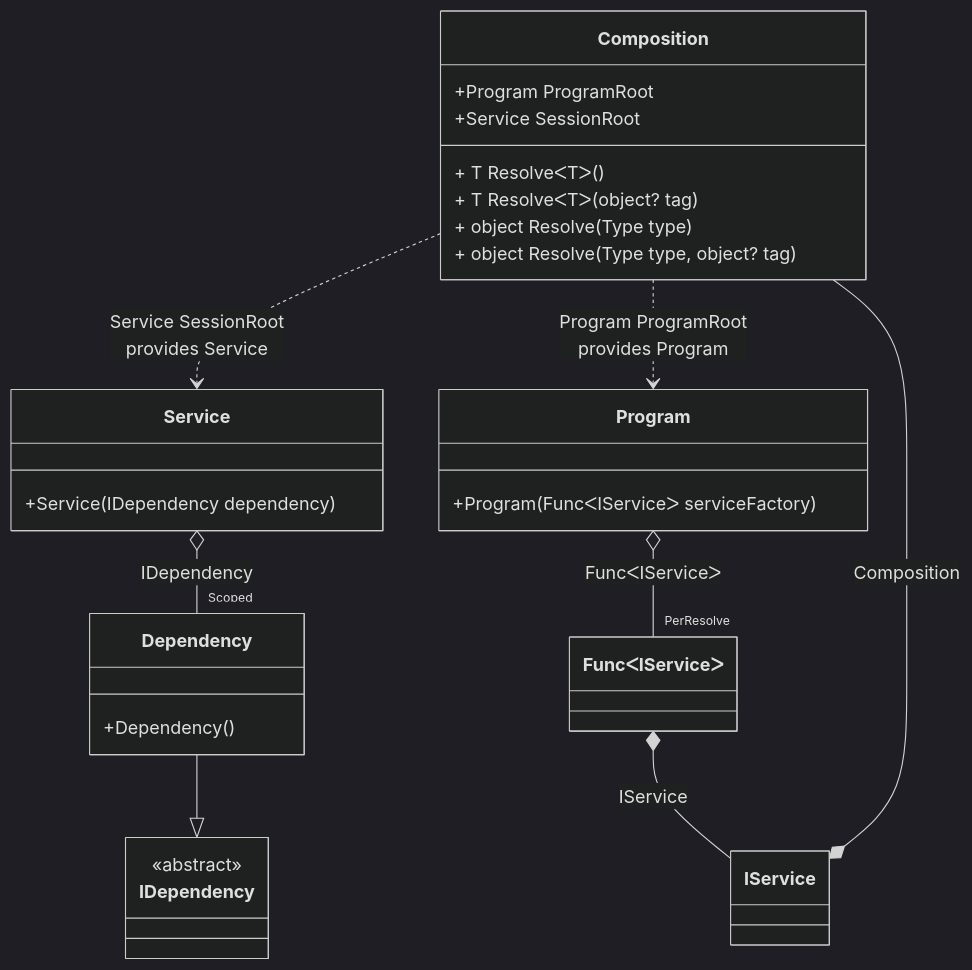
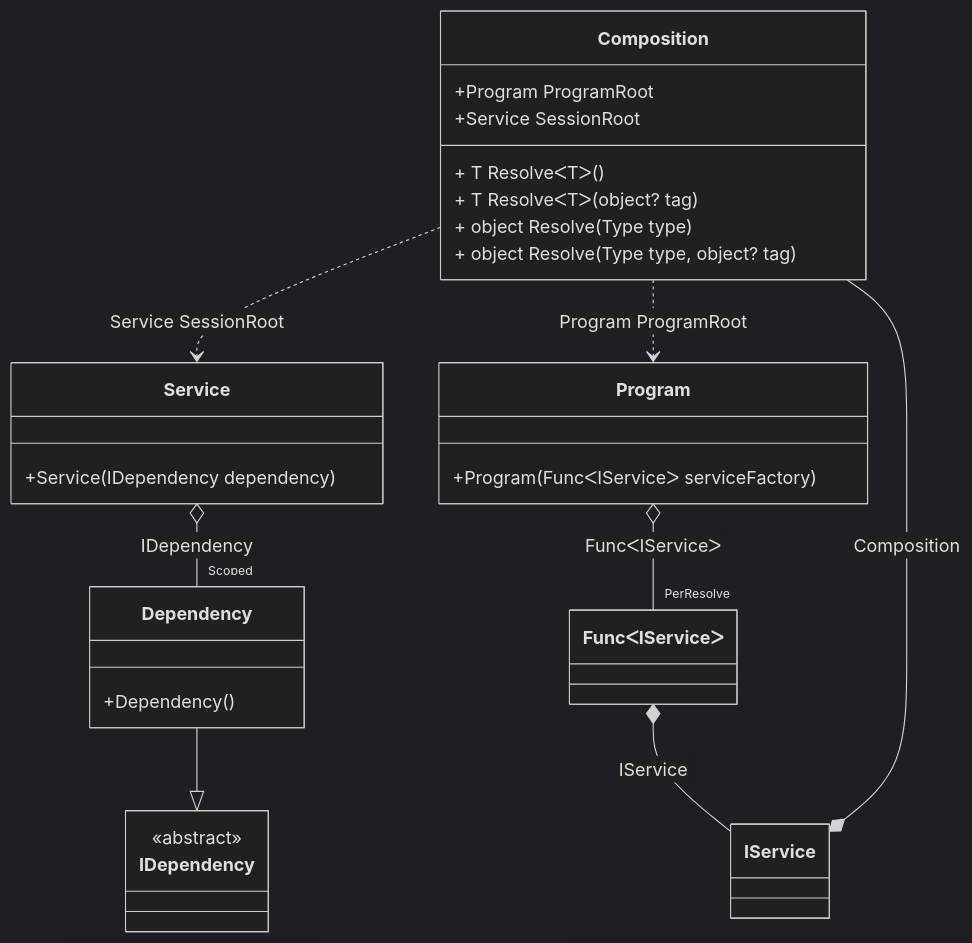
The diagram in readme/auto-scoped.md (DevTeam/Pure.DI), drawn with Mermaid (dark theme) before and after one commit. The commit also changed other lines of this file and 74 other files, not shown here.

````diff
--- a/readme/auto-scoped.md
+++ b/readme/auto-scoped.md
@@ -66,33 +66,33 @@
 ```mermaid
 classDiagram
   class Composition {
     +Program ProgramRoot
     +Service SessionRoot
     + T ResolveᐸTᐳ()
     + T ResolveᐸTᐳ(object? tag)
     + object Resolve(Type type)
     + object Resolve(Type type, object? tag)
   }
   class Program {
     +Program(FuncᐸIServiceᐳ serviceFactory)
   }
   class Service {
     +Service(IDependency dependency)
   }
   class Composition
   class IService
   Dependency --|> IDependency : 
   class Dependency {
     +Dependency()
   }
   class FuncᐸIServiceᐳ
   class IDependency {
     <<abstract>>
   }
   Program o--  "PerResolve" FuncᐸIServiceᐳ : FuncᐸIServiceᐳ
   Service o--  "Scoped" Dependency : IDependency
   IService *--  Composition : Composition
-  Composition ..> Service : Service SessionRoot<br/>provides Service
-  Composition ..> Program : Program ProgramRoot<br/>provides Program
+  Composition ..> Service : Service SessionRoot
+  Composition ..> Program : Program ProgramRoot
   FuncᐸIServiceᐳ *--  IService : IService
 ```
````
